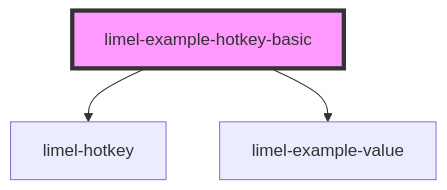
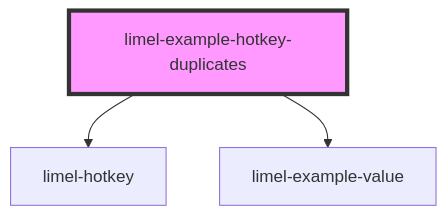
One commit to Lundalogik/lime-elements changed the diagram in versions/PR-3818/markdown-docs/components/hotkey/examples/readme.md. Above: the diagram before and after it, drawn with Mermaid. The commit also changed other lines of this file and 17 other files, not shown here.

````diff
--- a/versions/PR-3818/markdown-docs/components/hotkey/examples/readme.md
+++ b/versions/PR-3818/markdown-docs/components/hotkey/examples/readme.md
@@ -45,6 +39,6 @@
 ```mermaid
 graph TD;
-  limel-example-hotkey-basic --> limel-hotkey
-  limel-example-hotkey-basic --> limel-example-value
-  style limel-example-hotkey-basic fill:#f9f,stroke:#333,stroke-width:4px
+  limel-example-hotkey-duplicates --> limel-hotkey
+  limel-example-hotkey-duplicates --> limel-example-value
+  style limel-example-hotkey-duplicates fill:#f9f,stroke:#333,stroke-width:4px
 ```
````
